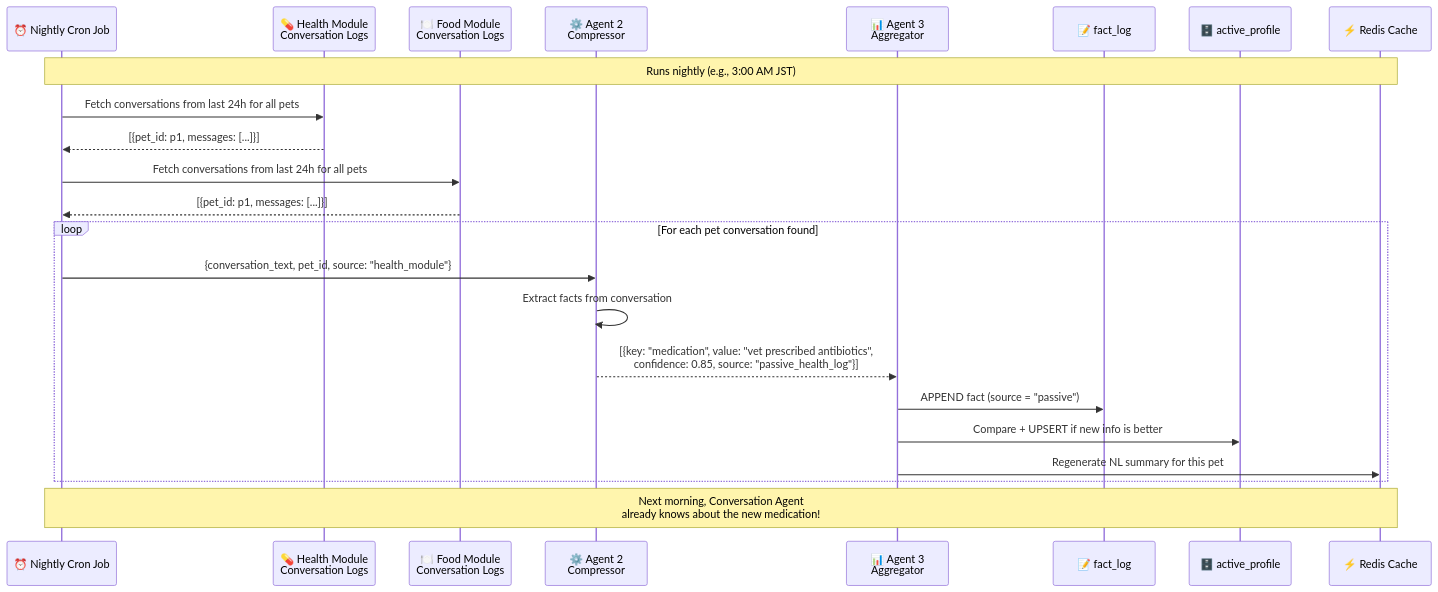
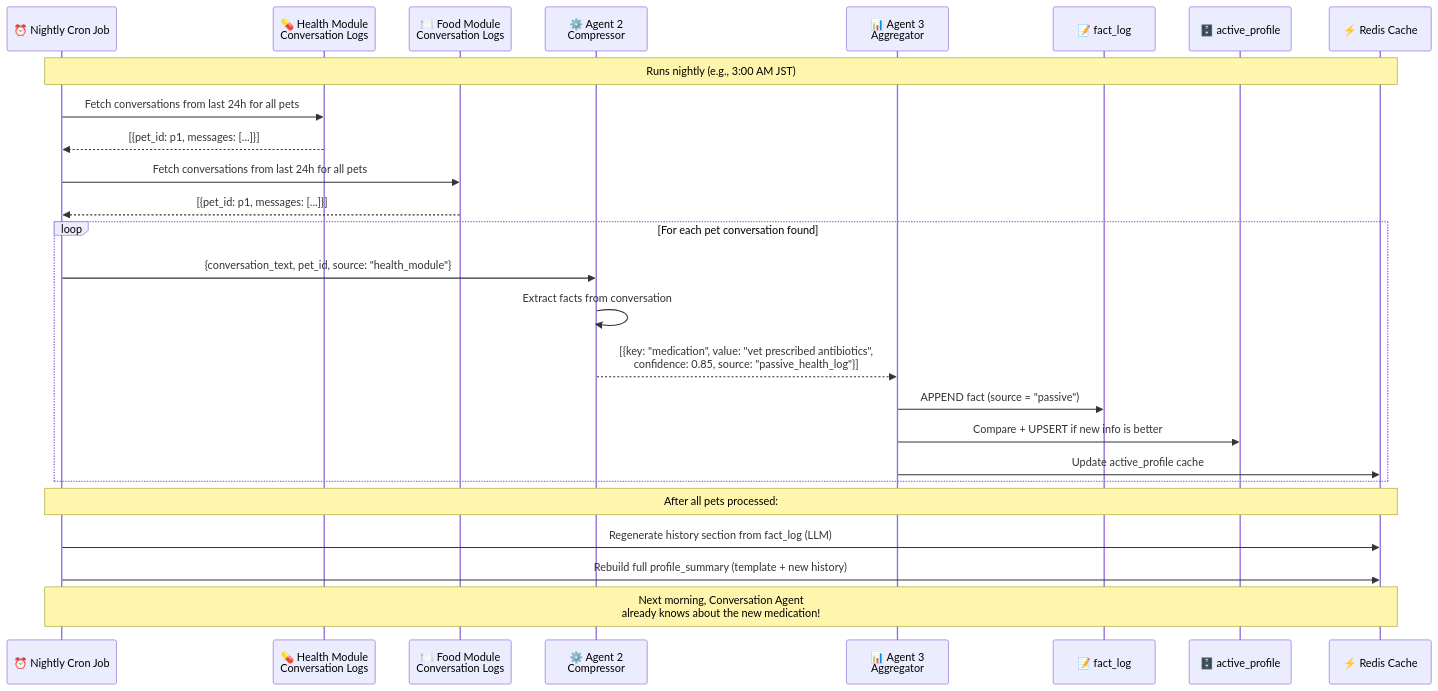
The fifth of 5 diagrams in AI_chatbot.md (sonuMehta12/Stream_segmenter), drawn with Mermaid before and after one commit. The commit also changed other lines of this file, not shown here.

````diff
--- a/AI_chatbot.md
+++ b/AI_chatbot.md
@@ -252,30 +255,35 @@
 ```mermaid
 sequenceDiagram
     participant Cron as ⏰ Nightly Cron Job
     participant H_Logs as 💊 Health Module<br/>Conversation Logs
     participant F_Logs as 🍽️ Food Module<br/>Conversation Logs
     participant A2 as ⚙️ Agent 2<br/>Compressor
     participant A3 as 📊 Agent 3<br/>Aggregator
     participant PG_L as 📝 fact_log
     participant PG_P as 🗄️ active_profile
     participant Redis as ⚡ Redis Cache
 
     Note over Cron, Redis: Runs nightly (e.g., 3:00 AM JST)
 
     Cron ->> H_Logs: Fetch conversations from last 24h for all pets
     H_Logs -->> Cron: [{pet_id: p1, messages: [...]}]
     Cron ->> F_Logs: Fetch conversations from last 24h for all pets
     F_Logs -->> Cron: [{pet_id: p1, messages: [...]}]
 
     loop For each pet conversation found
         Cron ->> A2: {conversation_text, pet_id, source: "health_module"}
         A2 ->> A2: Extract facts from conversation
         A2 -->> A3: [{key: "medication", value: "vet prescribed antibiotics",<br/>confidence: 0.85, source: "passive_health_log"}]
 
         A3 ->> PG_L: APPEND fact (source = "passive")
         A3 ->> PG_P: Compare + UPSERT if new info is better
-        A3 ->> Redis: Regenerate NL summary for this pet
+        A3 ->> Redis: Update active_profile cache
     end
+
+    Note over Cron, Redis: After all pets processed:
+
+    Cron ->> Redis: Regenerate history section from fact_log (LLM)
+    Cron ->> Redis: Rebuild full profile_summary (template + new history)
 
     Note over Cron, Redis: Next morning, Conversation Agent<br/>already knows about the new medication!
 ```
````
